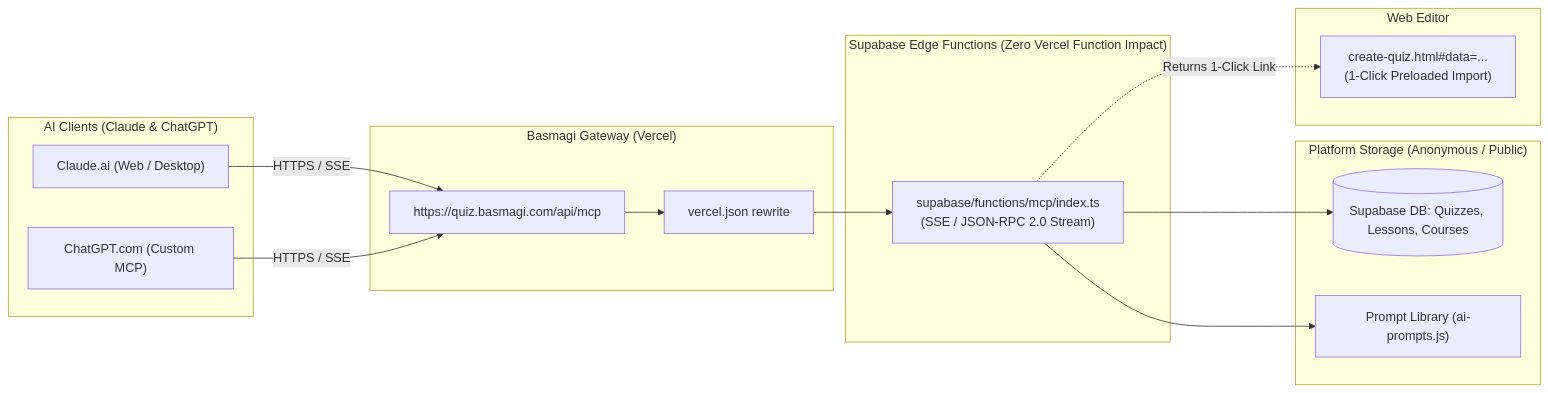
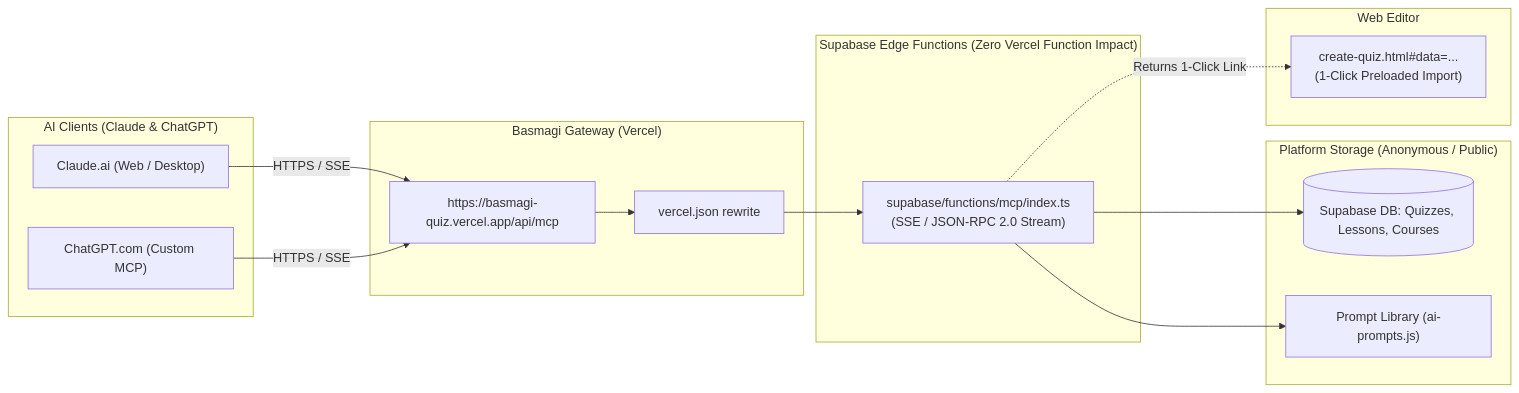
Before and after one commit to BelalAmrMohamed/Basmagi-Quiz: the diagram in docs/plans/mcp_connector_implementation_plan.md, drawn with Mermaid. The commit also changed other lines of this file and 2 other files, not shown here.

Commit message:
Updated issues.md, mcp_connector_implementation_plan.md, & index.ts.

````diff
--- a/docs/plans/mcp_connector_implementation_plan.md
+++ b/docs/plans/mcp_connector_implementation_plan.md
@@ -9,32 +9,32 @@
 ```mermaid
 flowchart LR
     subgraph Clients ["AI Clients (Claude & ChatGPT)"]
         CL["Claude.ai (Web / Desktop)"]
         GPT["ChatGPT.com (Custom MCP)"]
     end
 
     subgraph EntryPoint ["Basmagi Gateway (Vercel)"]
-        V["https://quiz.basmagi.com/api/mcp"]
+        V["https://basmagi-quiz.vercel.app/api/mcp"]
         Rewrite["vercel.json rewrite"]
     end
 
     subgraph Edge ["Supabase Edge Functions (Zero Vercel Function Impact)"]
         MCP["supabase/functions/mcp/index.ts<br/>(SSE / JSON-RPC 2.0 Stream)"]
     end
 
     subgraph PlatformData ["Platform Storage (Anonymous / Public)"]
         DB[(Supabase DB: Quizzes, Lessons, Courses)]
         Prompts["Prompt Library (ai-prompts.js)"]
     end
 
     subgraph WebApp ["Web Editor"]
         Editor["create-quiz.html#data=...<br/>(1-Click Preloaded Import)"]
     end
 
     CL -->|HTTPS / SSE| V
     GPT -->|HTTPS / SSE| V
     V --> Rewrite --> MCP
     MCP --> DB
     MCP --> Prompts
     MCP -.->|Returns 1-Click Link| Editor
 ```
````
